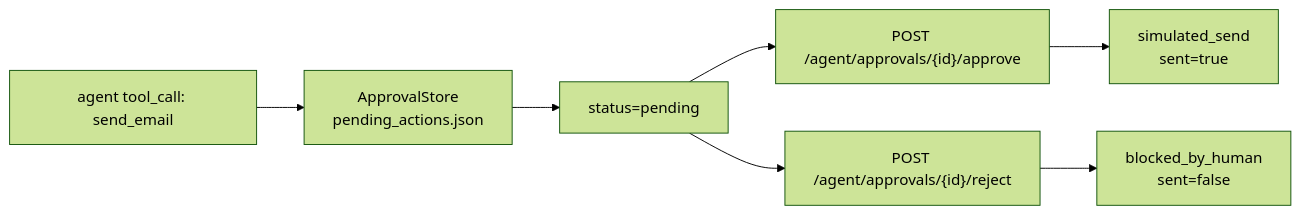
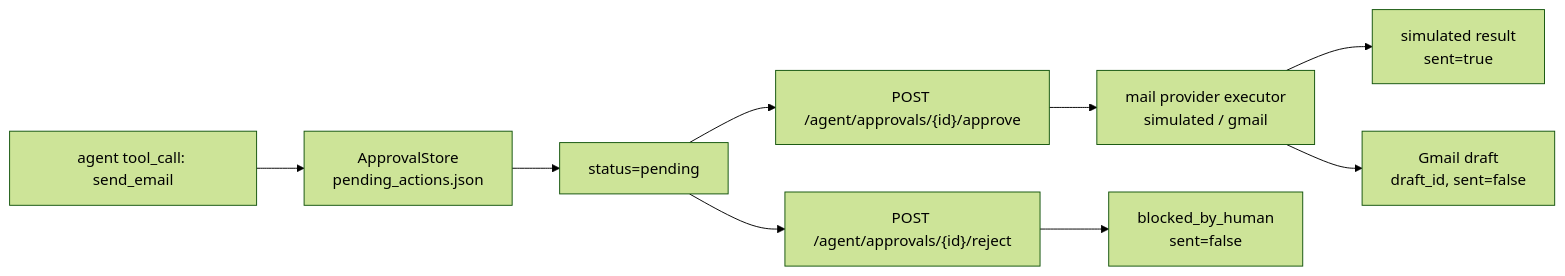
Before and after one commit to Yoimiya2627/email-rag-agent: diagram 12 of 12 in docs/architecture.md, drawn with Mermaid (forest theme). The commit also changed other lines of this file and 17 other files, not shown here.

Commit message:
feat: add gmail draft provider and eval gate

````diff
--- a/docs/architecture.md
+++ b/docs/architecture.md
@@ -490,9 +490,11 @@
 ```mermaid
 flowchart LR
     Agent["agent tool_call: send_email"] --> Store["ApprovalStore<br/>pending_actions.json"]
     Store --> Pending["status=pending"]
     Pending --> Approve["POST /agent/approvals/{id}/approve"]
     Pending --> Reject["POST /agent/approvals/{id}/reject"]
-    Approve --> Sim["simulated_send<br/>sent=true"]
+    Approve --> Provider["mail provider executor<br/>simulated / gmail"]
+    Provider --> Sim["simulated result<br/>sent=true"]
+    Provider --> Gmail["Gmail draft<br/>draft_id, sent=false"]
     Reject --> Block["blocked_by_human<br/>sent=false"]
 ```
````
